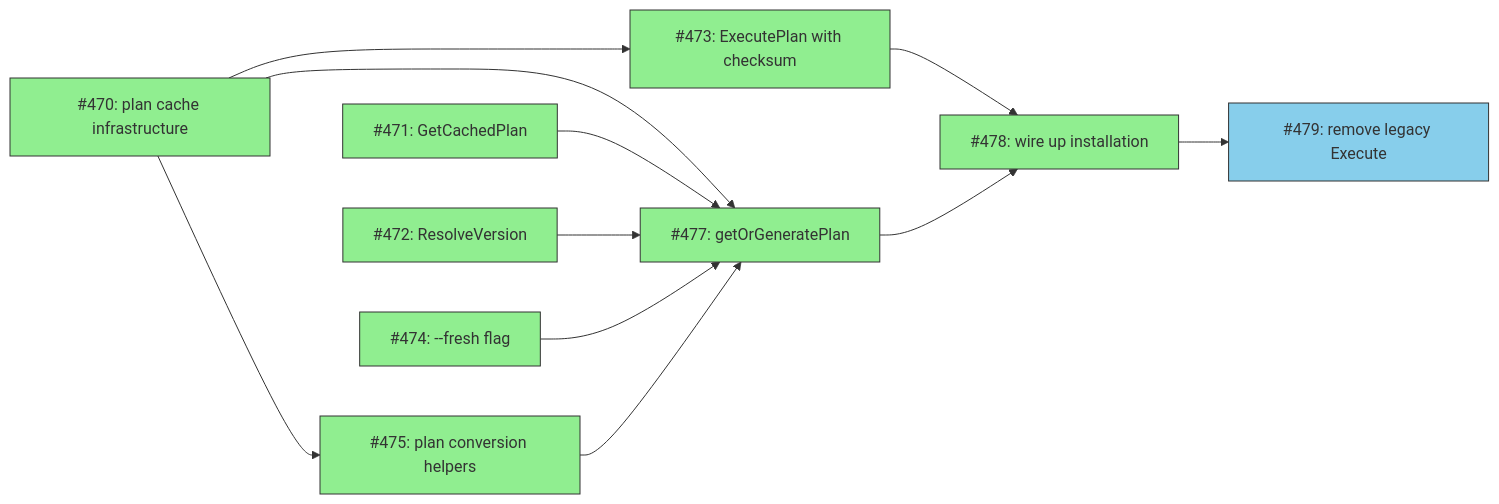
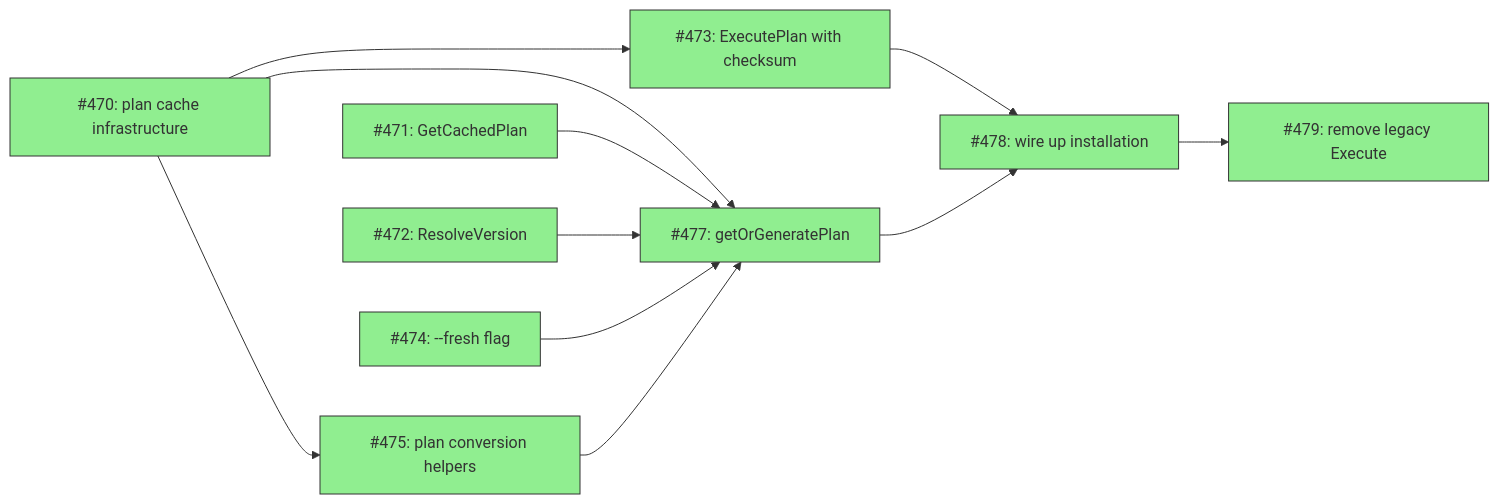
Before and after one commit to tsukumogami/tsuku: the diagram in docs/DESIGN-deterministic-execution.md, drawn with Mermaid. The commit also changed other lines of this file and 1 other file, not shown here.

Commit message:
docs: add reproducibility documentation for M15 (#504)
## Summary

- Add README sections explaining plan caching, `--fresh` flag, and
checksum verification
- Update DESIGN-deterministic-execution.md status from Planned to
Current
- Mark all issues in dependency graph as done

Part of milestone 15 completion cleanup. All implementation issues
(#470-479) are now closed.

````diff
--- a/docs/DESIGN-deterministic-execution.md
+++ b/docs/DESIGN-deterministic-execution.md
@@ -27,17 +27,17 @@
 ```mermaid
 graph LR
     classDef done fill:#90EE90,stroke:#333
     classDef ready fill:#87CEEB,stroke:#333
     classDef blocked fill:#FFB6C1,stroke:#333
 
     I470[#470: plan cache infrastructure]:::done --> I473[#473: ExecutePlan with checksum]:::done
     I470 --> I475[#475: plan conversion helpers]:::done
     I470 --> I477[#477: getOrGeneratePlan]:::done
     I471[#471: GetCachedPlan]:::done --> I477
     I472[#472: ResolveVersion]:::done --> I477
     I474[#474: --fresh flag]:::done --> I477
     I475 --> I477
     I473 --> I478[#478: wire up installation]:::done
     I477 --> I478
-    I478 --> I479[#479: remove legacy Execute]:::ready
+    I478 --> I479[#479: remove legacy Execute]:::done
 ```
````
